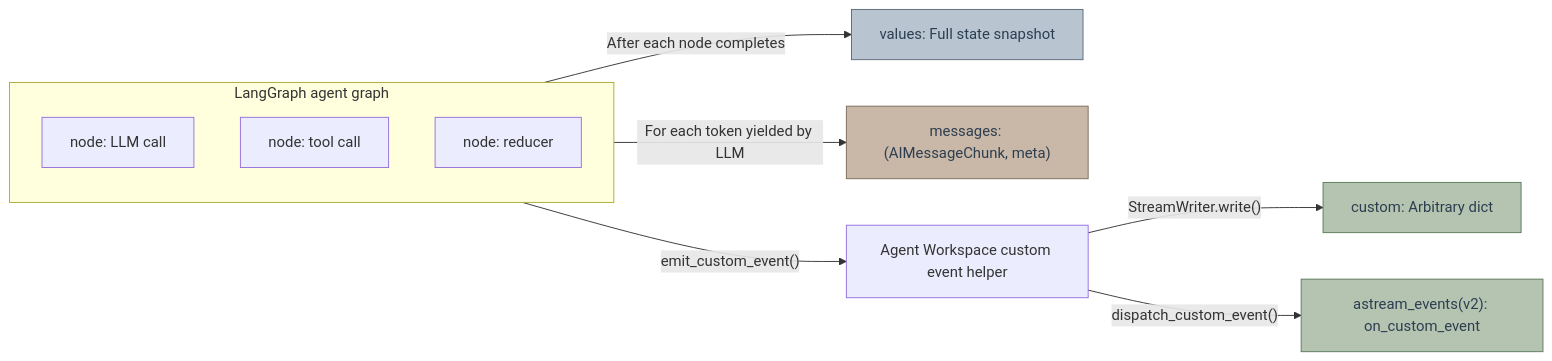
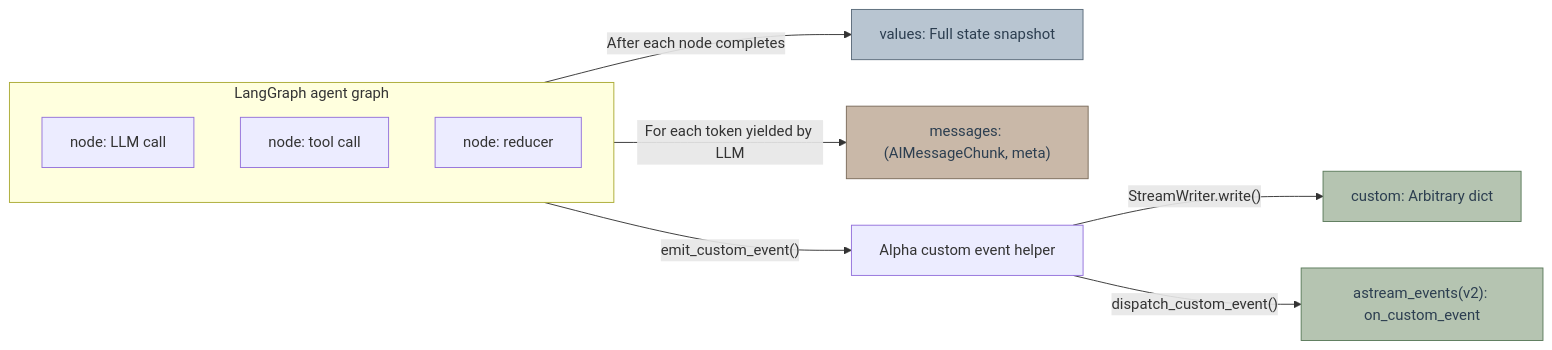
One commit to itsPremkumar/alpha changed the first of 4 diagrams in backend/docs/STREAMING.md. Above: the diagram before and after it, drawn with Mermaid. The commit also changed other lines of this file and 404 other files, not shown here.

First line of the commit message:
chore(rebrand): full replace of Agent Workspace -> Alpha in display strings

````diff
--- a/backend/docs/STREAMING.md
+++ b/backend/docs/STREAMING.md
@@ -53,24 +53,24 @@
 ```mermaid
 flowchart LR
     classDef values fill:#B8C5D1,stroke:#5A6B7A,color:#2C3E50
     classDef messages fill:#C9B8A8,stroke:#7A6B5A,color:#2C3E50
     classDef custom fill:#B5C4B1,stroke:#5A7A5A,color:#2C3E50
 
     subgraph LG["LangGraph agent graph"]
         direction TB
         Node1["node: LLM call"]
         Node2["node: tool call"]
         Node3["node: reducer"]
     end
 
     LG -->|"After each node completes"| V["values: Full state snapshot"]
     Node1 -->|"For each token yielded by LLM"| M["messages: (AIMessageChunk, meta)"]
-    Node1 -->|"emit_custom_event()"| E["Agent Workspace custom event helper"]
+    Node1 -->|"emit_custom_event()"| E["Alpha custom event helper"]
     E -->|"StreamWriter.write()"| C["custom: Arbitrary dict"]
     E -->|"dispatch_custom_event()"| A["astream_events(v2): on_custom_event"]
 
     class V values
     class M messages
     class C custom
     class A custom
 ```
````
